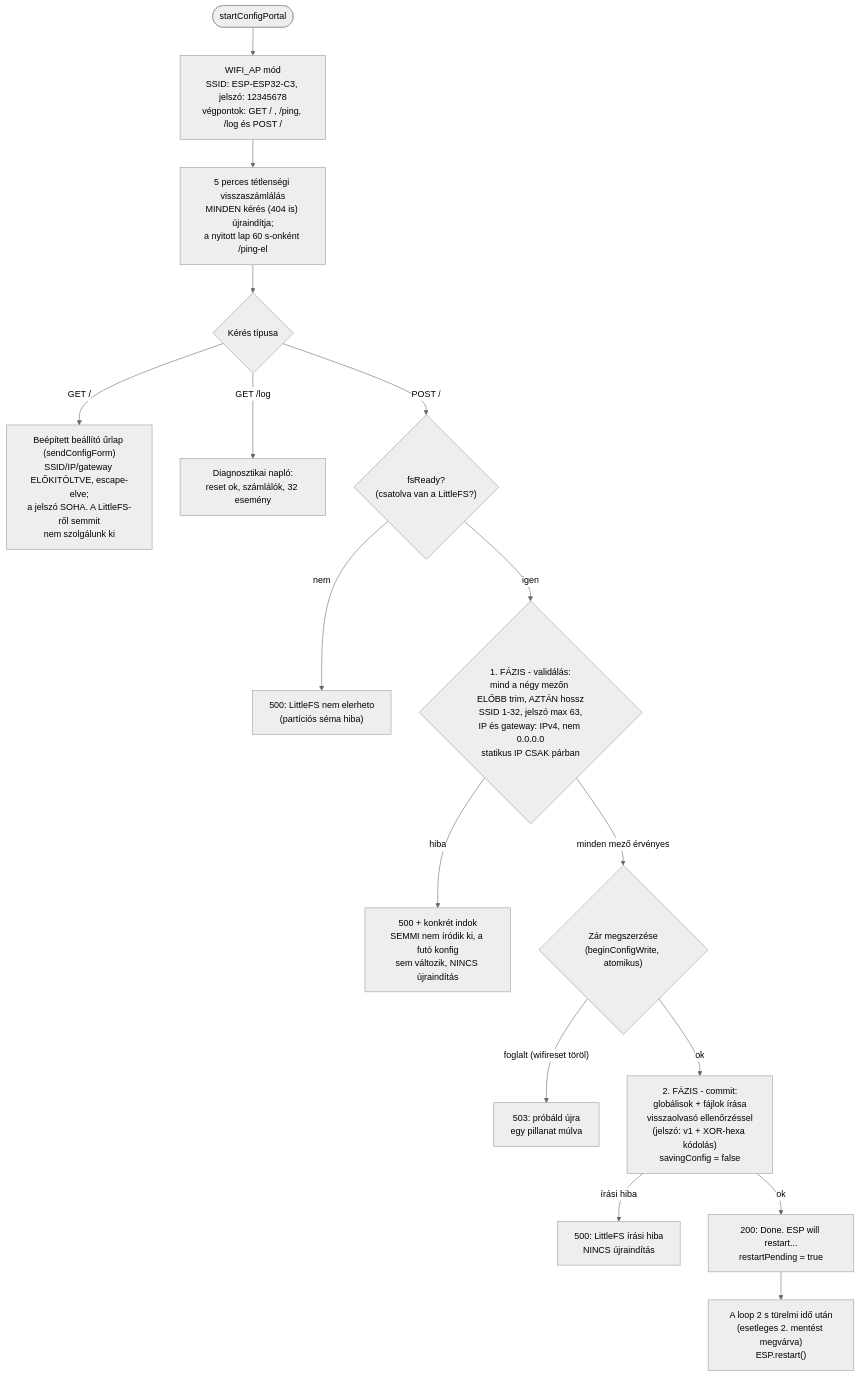
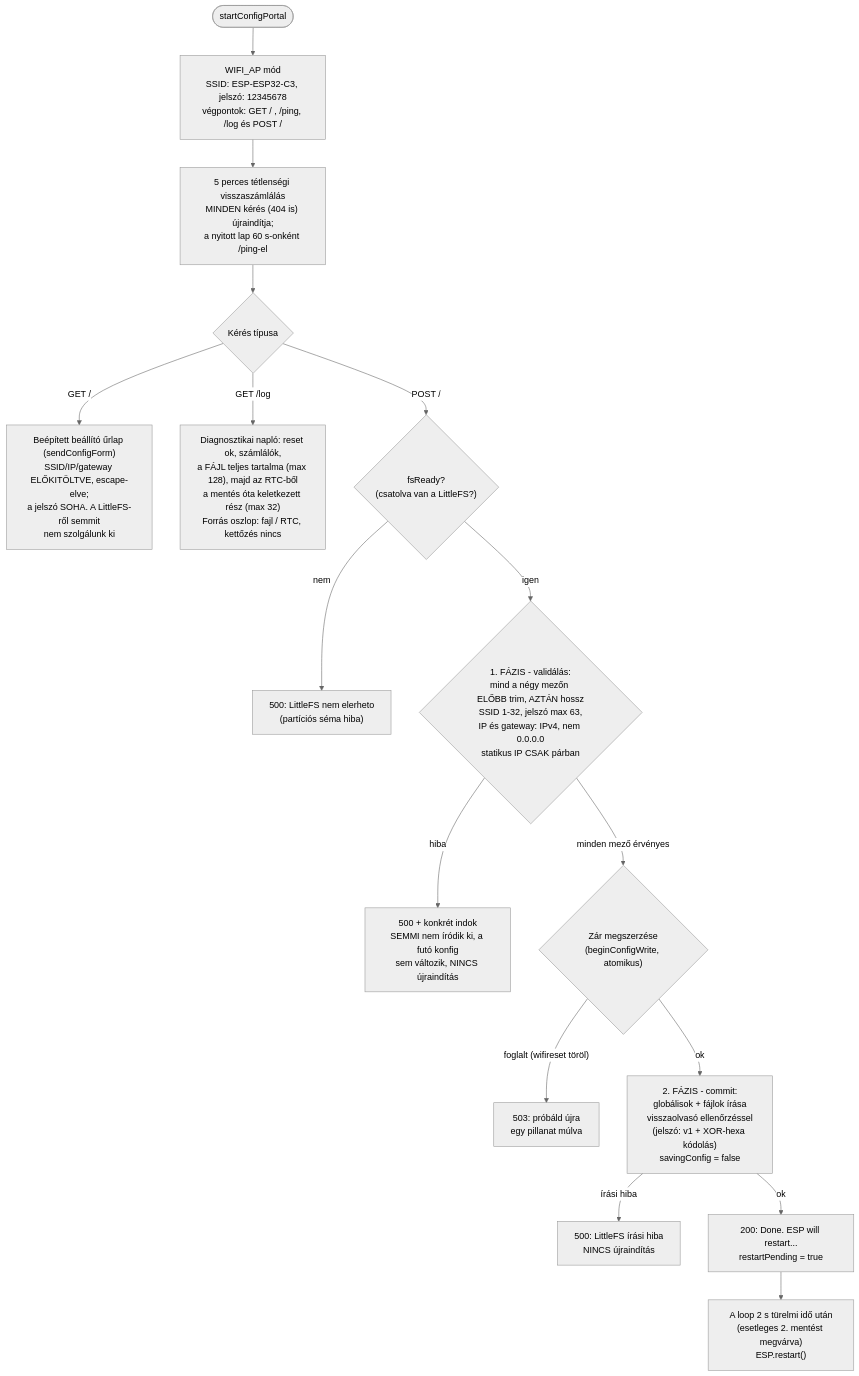
Before and after one commit to manszabi/bazsi-router-reboot: the seventh of 9 diagrams in FOLYAMATABRA.md, drawn with Mermaid (neutral theme). The commit also changed other lines of this file and 3 other files, not shown here.

````diff
--- a/FOLYAMATABRA.md
+++ b/FOLYAMATABRA.md
@@ -227,18 +230,18 @@
 ```mermaid
 flowchart TD
     IN([startConfigPortal]) --> AP["WIFI_AP mód<br>SSID: ESP-ESP32-C3, jelszó: 12345678<br>végpontok: GET / , /ping, /log és POST /"]
     AP --> IDLE["5 perces tétlenségi visszaszámlálás<br>MINDEN kérés (404 is) újraindítja;<br>a nyitott lap 60 s-onként /ping-el"]
     IDLE --> REQ{Kérés típusa}
     REQ -->|"GET /"| FORM["Beépített beállító űrlap (sendConfigForm)<br>SSID/IP/gateway ELŐKITÖLTVE, escape-elve;<br>a jelszó SOHA. A LittleFS-ről semmit<br>nem szolgálunk ki"]
-    REQ -->|"GET /log"| LOG["Diagnosztikai napló:<br>reset ok, számlálók, 32 esemény"]
+    REQ -->|"GET /log"| LOG["Diagnosztikai napló: reset ok, számlálók,<br>a FÁJL teljes tartalma (max 128), majd az RTC-ből<br>a mentés óta keletkezett rész (max 32)<br>Forrás oszlop: fajl / RTC, kettőzés nincs"]
     REQ -->|"POST /"| FSOK{"fsReady?<br>(csatolva van a LittleFS?)"}
     FSOK -->|nem| E500F["500: LittleFS nem elerheto<br>(partíciós séma hiba)"]
     FSOK -->|igen| VAL{"1. FÁZIS - validálás:<br>mind a négy mezőn ELŐBB trim, AZTÁN hossz<br>SSID 1-32, jelszó max 63,<br>IP és gateway: IPv4, nem 0.0.0.0<br>statikus IP CSAK párban"}
     VAL -->|hiba| E500["500 + konkrét indok<br>SEMMI nem íródik ki, a futó konfig<br>sem változik, NINCS újraindítás"]
     VAL -->|"minden mező érvényes"| LOCK{"Zár megszerzése<br>(beginConfigWrite, atomikus)"}
     LOCK -->|"foglalt (wifireset töröl)"| E503["503: próbáld újra<br>egy pillanat múlva"]
     LOCK -->|ok| SAVE["2. FÁZIS - commit:<br>globálisok + fájlok írása<br>visszaolvasó ellenőrzéssel<br>(jelszó: v1 + XOR-hexa kódolás)<br>savingConfig = false"]
     SAVE -->|"írási hiba"| E500W["500: LittleFS írási hiba<br>NINCS újraindítás"]
     SAVE -->|ok| R200["200: Done. ESP will restart...<br>restartPending = true"]
     R200 --> DEF["A loop 2 s türelmi idő után<br>(esetleges 2. mentést megvárva)<br>ESP.restart()"]
 ```
````
